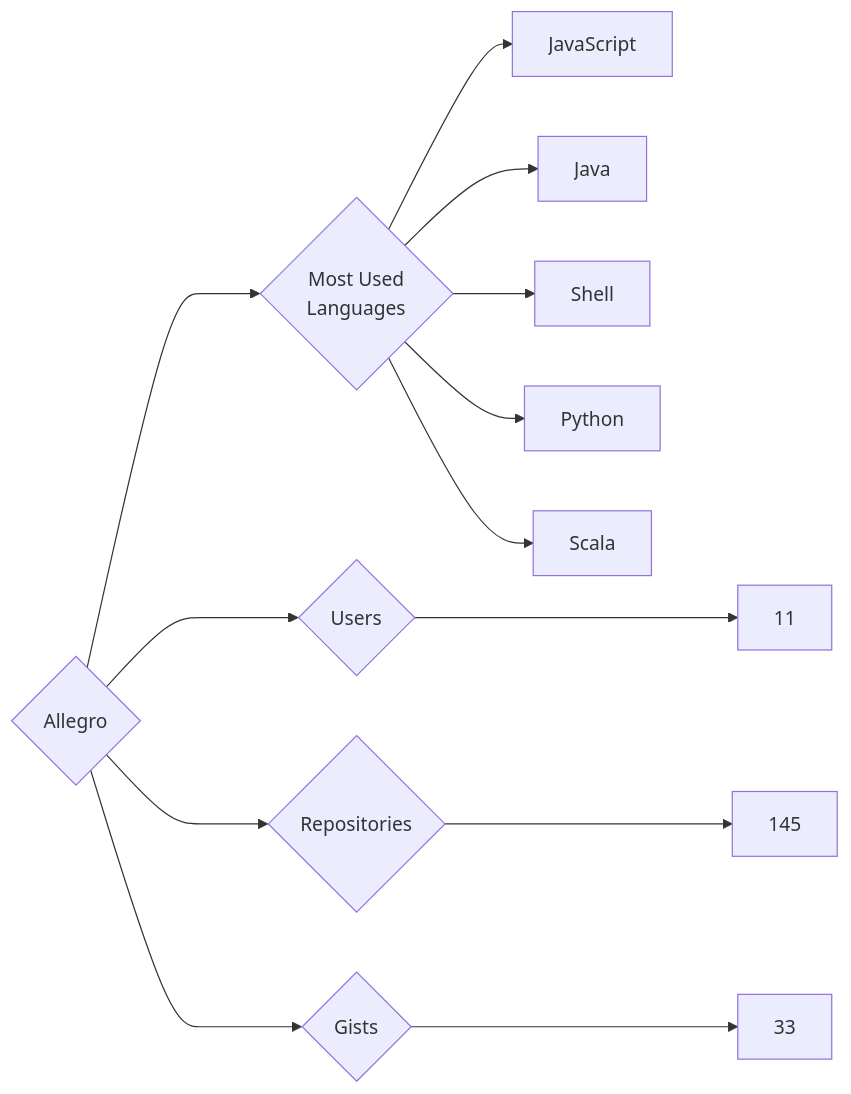
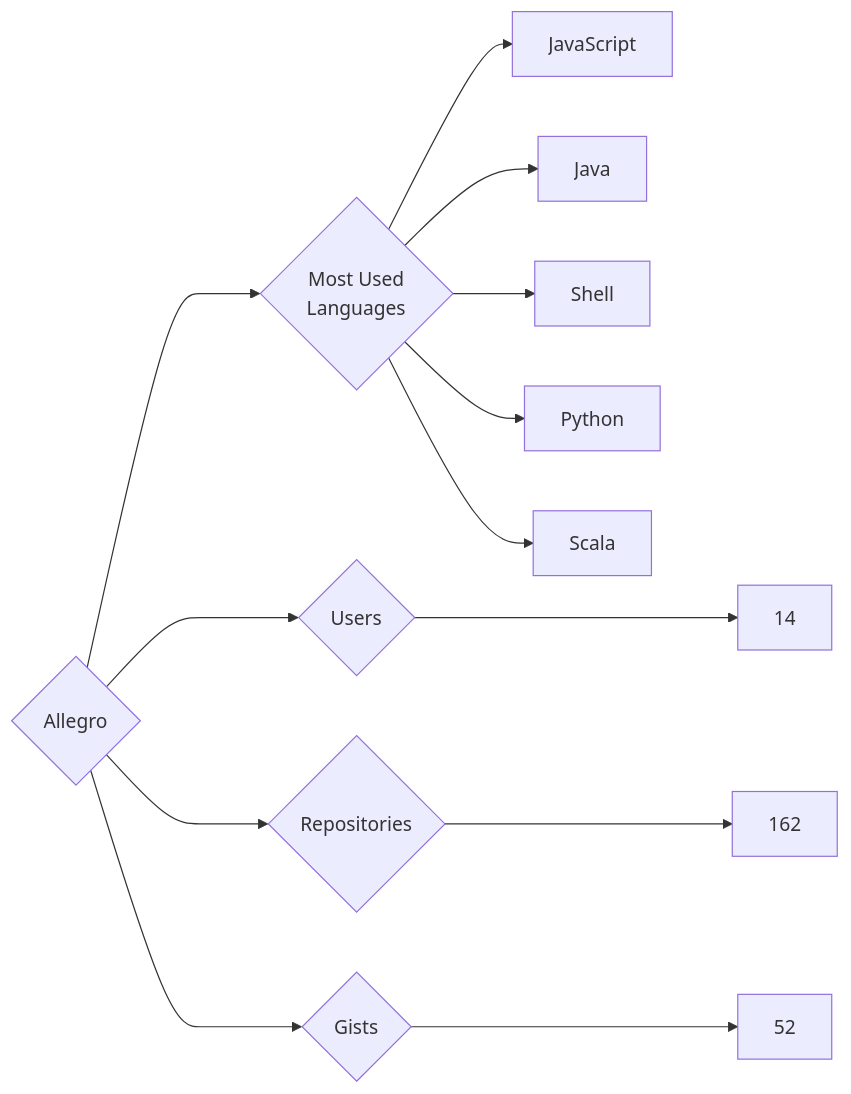
Before and after one commit to trickest/insiders: the diagram in targets/Allegro/README.md, drawn with Mermaid. The commit also changed 900 other files, not shown here.

````diff
--- a/targets/Allegro/README.md
+++ b/targets/Allegro/README.md
@@ -3,13 +3,13 @@
 ```mermaid
 graph LR
 COMPANY_NAME{Allegro}
-COMPANY_NAME ---> U{Users} ---> UN[11]
-COMPANY_NAME ---> R{Repositories} ---> RN[145]
-COMPANY_NAME ---> G{Gists} ---> GN[33]
+COMPANY_NAME ---> U{Users} ---> UN[14]
+COMPANY_NAME ---> R{Repositories} ---> RN[162]
+COMPANY_NAME ---> G{Gists} ---> GN[52]
 COMPANY_NAME ---> ML{Most Used<br>Languages}
 ML --> JavaScript[JavaScript]
 ML --> Java[Java]
 ML --> Shell[Shell]
 ML --> Python[Python]
 ML --> Scala[Scala]
 ```
````
